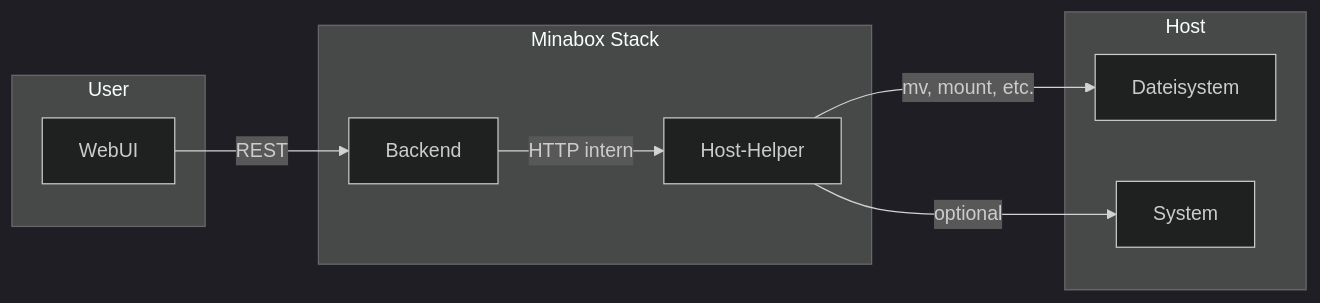
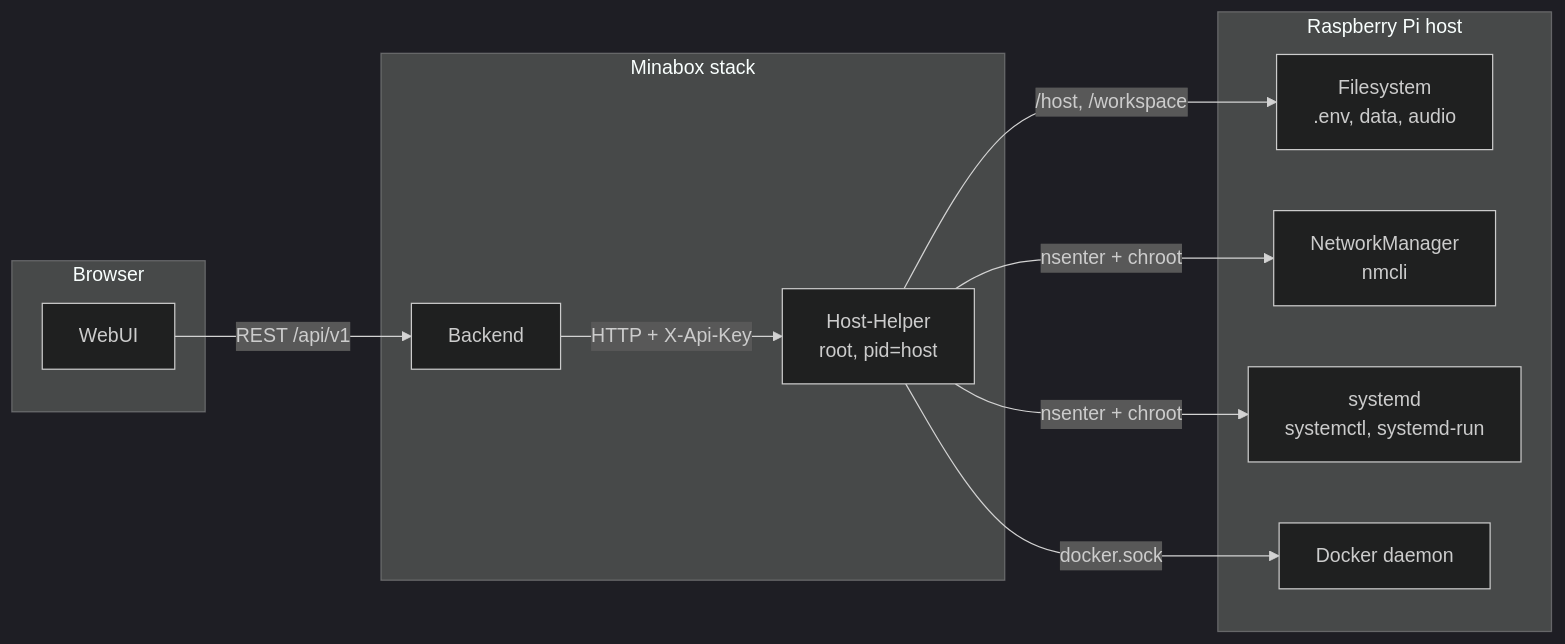
The diagram in docs/services/host-helper/Architecture.md (Opnek90/Minabox), drawn with Mermaid (dark theme) before and after one commit. The commit also changed other lines of this file, not shown here.

First line of the commit message:
docs(host-helper): rewrite the architecture document in English

````diff
--- a/docs/services/host-helper/Architecture.md
+++ b/docs/services/host-helper/Architecture.md
@@ -171,18 +432,22 @@
 ```mermaid
 flowchart LR
-  subgraph user [User]
+  subgraph browser [Browser]
     WebUI[WebUI]
   end
-  subgraph stack [Minabox Stack]
+  subgraph stack [Minabox stack]
     Backend[Backend]
-    HostHelper[Host-Helper]
+    HostHelper[Host-Helper<br/>root, pid=host]
   end
-  subgraph host [Host]
-    FS[Dateisystem]
-    System[System]
+  subgraph host [Raspberry Pi host]
+    FS[Filesystem<br/>.env, data, audio]
+    NM[NetworkManager<br/>nmcli]
+    SD[systemd<br/>systemctl, systemd-run]
+    DK[Docker daemon]
   end
-  WebUI -->|REST| Backend
-  Backend -->|HTTP intern| HostHelper
-  HostHelper -->|mv, mount, etc.| FS
-  HostHelper -->|optional| System
+  WebUI -->|REST /api/v1| Backend
+  Backend -->|HTTP + X-Api-Key| HostHelper
+  HostHelper -->|/host, /workspace| FS
+  HostHelper -->|nsenter + chroot| NM
+  HostHelper -->|nsenter + chroot| SD
+  HostHelper -->|docker.sock| DK
 ```
````
